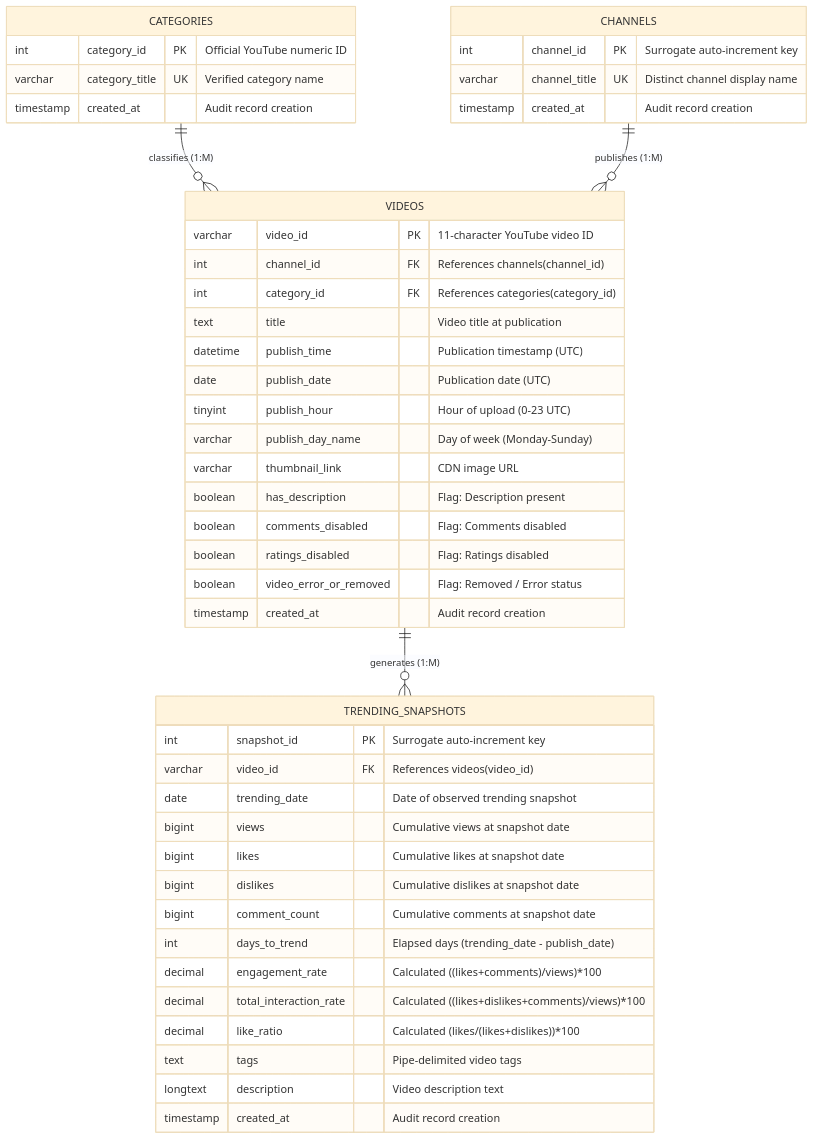
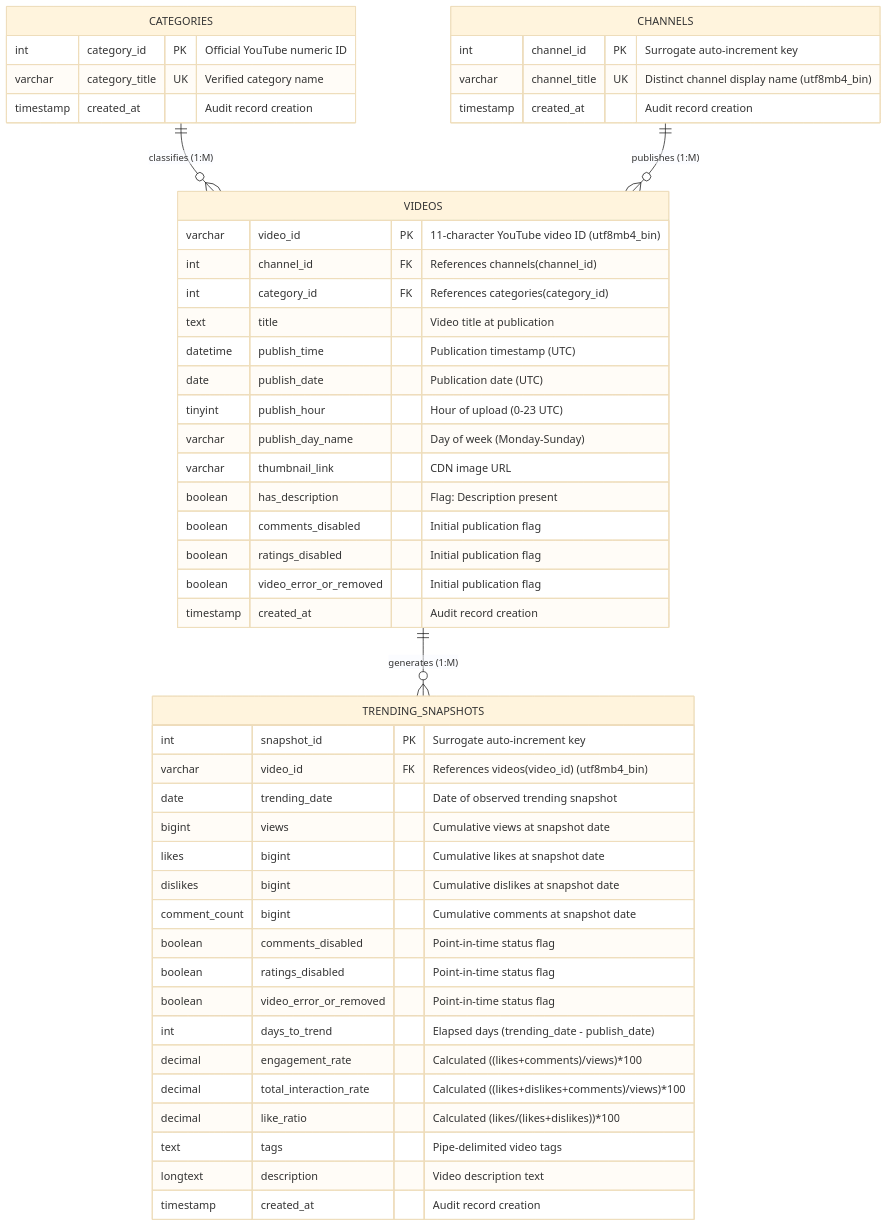
The diagram in reports/database_integration_report.md (AkulaSivaSaiBalaji/MediaPulse), drawn with Mermaid (base theme) before and after one commit. The commit also changed other lines of this file and 6 other files, not shown here.

````diff
--- a/reports/database_integration_report.md
+++ b/reports/database_integration_report.md
@@ -41,52 +30,55 @@
 ```mermaid
 erDiagram
     CATEGORIES ||--o{ VIDEOS : "classifies (1:M)"
     CHANNELS ||--o{ VIDEOS : "publishes (1:M)"
     VIDEOS ||--o{ TRENDING_SNAPSHOTS : "generates (1:M)"
 
     CATEGORIES {
         int category_id PK "Official YouTube numeric ID"
         varchar category_title UK "Verified category name"
         timestamp created_at "Audit record creation"
     }
 
     CHANNELS {
         int channel_id PK "Surrogate auto-increment key"
-        varchar channel_title UK "Distinct channel display name"
+        varchar channel_title UK "Distinct channel display name (utf8mb4_bin)"
         timestamp created_at "Audit record creation"
     }
 
     VIDEOS {
-        varchar video_id PK "11-character YouTube video ID"
+        varchar video_id PK "11-character YouTube video ID (utf8mb4_bin)"
         int channel_id FK "References channels(channel_id)"
         int category_id FK "References categories(category_id)"
         text title "Video title at publication"
         datetime publish_time "Publication timestamp (UTC)"
         date publish_date "Publication date (UTC)"
         tinyint publish_hour "Hour of upload (0-23 UTC)"
         varchar publish_day_name "Day of week (Monday-Sunday)"
         varchar thumbnail_link "CDN image URL"
         boolean has_description "Flag: Description present"
-        boolean comments_disabled "Flag: Comments disabled"
-        boolean ratings_disabled "Flag: Ratings disabled"
-        boolean video_error_or_removed "Flag: Removed / Error status"
+        boolean comments_disabled "Initial publication flag"
+        boolean ratings_disabled "Initial publication flag"
+        boolean video_error_or_removed "Initial publication flag"
         timestamp created_at "Audit record creation"
     }
 
     TRENDING_SNAPSHOTS {
         int snapshot_id PK "Surrogate auto-increment key"
-        varchar video_id FK "References videos(video_id)"
+        varchar video_id FK "References videos(video_id) (utf8mb4_bin)"
         date trending_date "Date of observed trending snapshot"
         bigint views "Cumulative views at snapshot date"
-        bigint likes "Cumulative likes at snapshot date"
-        bigint dislikes "Cumulative dislikes at snapshot date"
-        bigint comment_count "Cumulative comments at snapshot date"
+        likes bigint "Cumulative likes at snapshot date"
+        dislikes bigint "Cumulative dislikes at snapshot date"
+        comment_count bigint "Cumulative comments at snapshot date"
+        boolean comments_disabled "Point-in-time status flag"
+        boolean ratings_disabled "Point-in-time status flag"
+        boolean video_error_or_removed "Point-in-time status flag"
         int days_to_trend "Elapsed days (trending_date - publish_date)"
         decimal engagement_rate "Calculated ((likes+comments)/views)*100"
         decimal total_interaction_rate "Calculated ((likes+dislikes+comments)/views)*100"
         decimal like_ratio "Calculated (likes/(likes+dislikes))*100"
         text tags "Pipe-delimited video tags"
         longtext description "Video description text"
         timestamp created_at "Audit record creation"
     }
 ```
````
